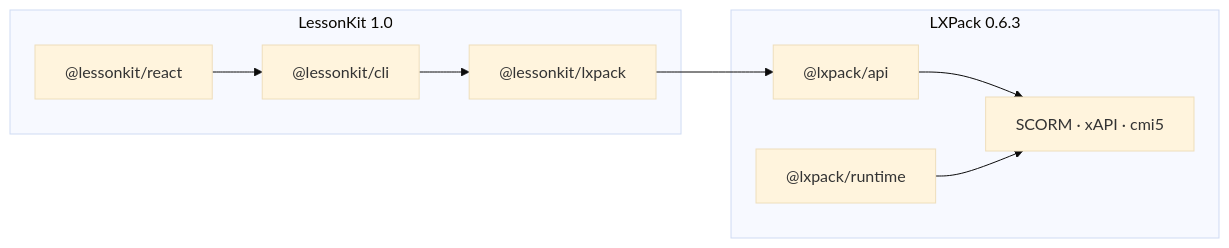
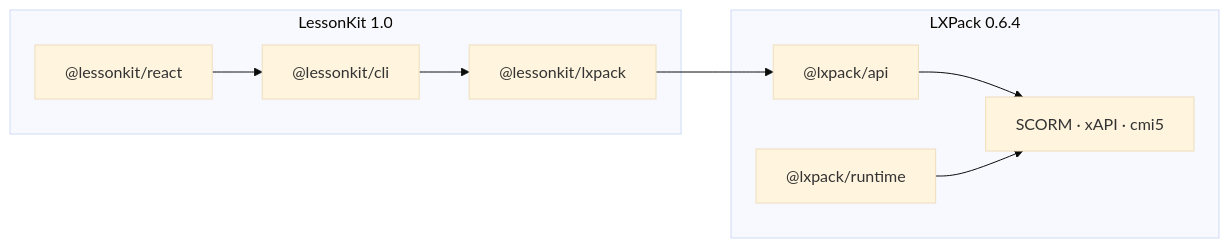
One commit to eddiethedean/lxpack changed the diagram in docs/LESSONKIT_INTEROPERABILITY.md. Above: the diagram before and after it, drawn with Mermaid (base theme). The commit also changed other lines of this file and 56 other files, not shown here.

First line of the commit message:
Release v0.6.4: flow inference, nav UX, validation parity.

````diff
--- a/docs/LESSONKIT_INTEROPERABILITY.md
+++ b/docs/LESSONKIT_INTEROPERABILITY.md
@@ -55,18 +55,18 @@
 ```mermaid
 flowchart LR
   subgraph lk [LessonKit 1.0]
     REACT["@lessonkit/react"]
     CLI["@lessonkit/cli"]
     LKL["@lessonkit/lxpack"]
   end
-  subgraph lxp [LXPack 0.6.3]
+  subgraph lxp [LXPack 0.6.4]
     API["@lxpack/api"]
     RT["@lxpack/runtime"]
     PKG["SCORM · xAPI · cmi5"]
   end
   REACT --> CLI
   CLI --> LKL
   LKL --> API
   API --> PKG
   RT --> PKG
 ```
````
